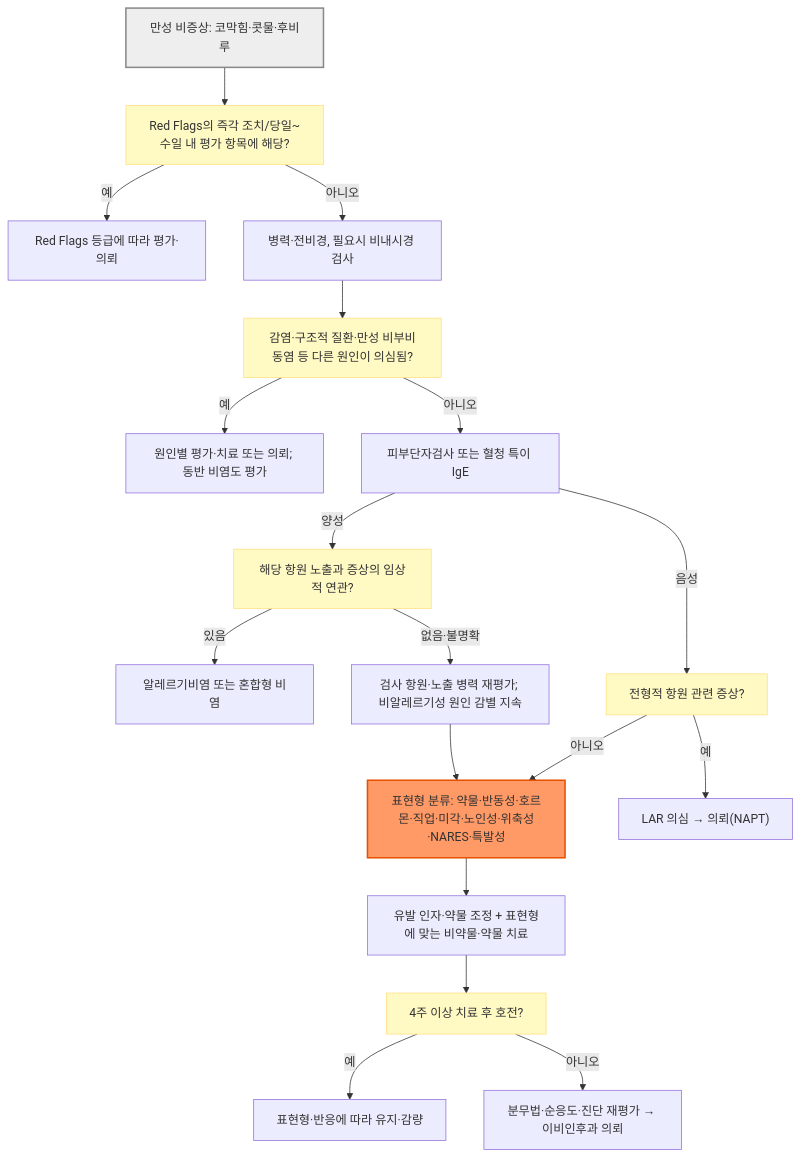
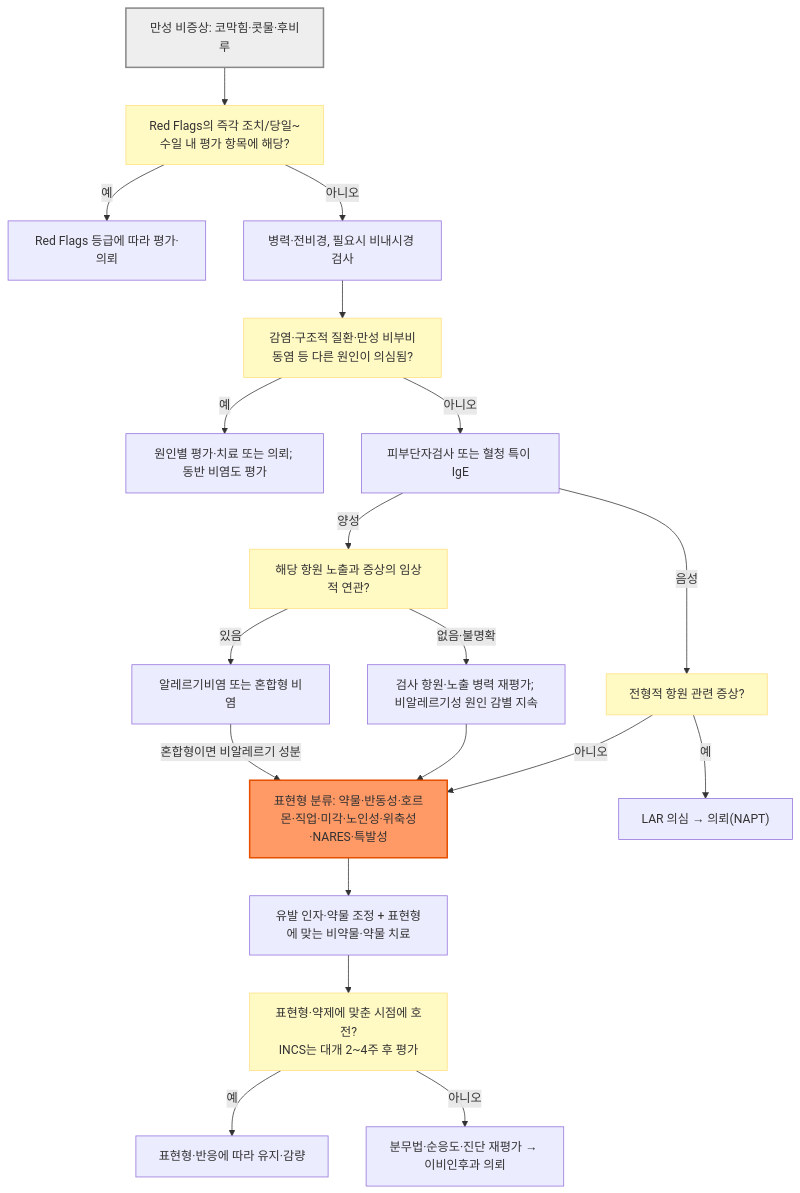
The diagram in 222_/052_-non-allergic-rhinitis.md (familyoh77/familyoh77), drawn with Mermaid before and after one commit. The commit also changed other lines of this file and 2 other files, not shown here.

````diff
--- a/222_/052_-non-allergic-rhinitis.md
+++ b/222_/052_-non-allergic-rhinitis.md
@@ -217,27 +219,28 @@
 ```mermaid
 graph TD
     Start["만성 비증상: 코막힘·콧물·후비루"] --> RF["Red Flags의 즉각 조치/당일~수일 내 평가 항목에 해당?"]
     RF -->|예| Urgent["Red Flags 등급에 따라 평가·의뢰"]
     RF -->|아니오| Exam["병력·전비경, 필요시 비내시경 검사"]
     Exam --> Other["감염·구조적 질환·만성 비부비동염 등 다른 원인이 의심됨?"]
     Other -->|예| OtherTx["원인별 평가·치료 또는 의뢰; 동반 비염도 평가"]
     Other -->|아니오| Allergy["피부단자검사 또는 혈청 특이 IgE"]
     Allergy -->|양성| Relevant["해당 항원 노출과 증상의 임상적 연관?"]
     Relevant -->|있음| AR["알레르기비염 또는 혼합형 비염"]
+    AR -->|혼합형이면 비알레르기 성분| Pheno
     Relevant -->|없음·불명확| Recheck["검사 항원·노출 병력 재평가; 비알레르기성 원인 감별 지속"]
     Recheck --> Pheno["표현형 분류: 약물·반동성·호르몬·직업·미각·노인성·위축성·NARES·특발성"]
     Allergy -->|음성| LARq["전형적 항원 관련 증상?"]
     LARq -->|예| LAR["LAR 의심 → 의뢰(NAPT)"]
     LARq -->|아니오| Pheno
     Pheno --> Tx["유발 인자·약물 조정 + 표현형에 맞는 비약물·약물 치료"]
-    Tx --> Resp["4주 이상 치료 후 호전?"]
+    Tx --> Resp["표현형·약제에 맞춘 시점에 호전?<br/>INCS는 대개 2~4주 후 평가"]
     Resp -->|예| FU["표현형·반응에 따라 유지·감량"]
     Resp -->|아니오| Ref["분무법·순응도·진단 재평가 → 이비인후과 의뢰"]
     style Start fill:#eeeeee,stroke:#888888,stroke-width:2px
     style RF fill:#fff9c4,stroke:#ffe082
     style Other fill:#fff9c4,stroke:#ffe082
     style Relevant fill:#fff9c4,stroke:#ffe082
     style LARq fill:#fff9c4,stroke:#ffe082
     style Resp fill:#fff9c4,stroke:#ffe082
     style Pheno fill:#f96,stroke:#e65100,stroke-width:2px
 ```
````
